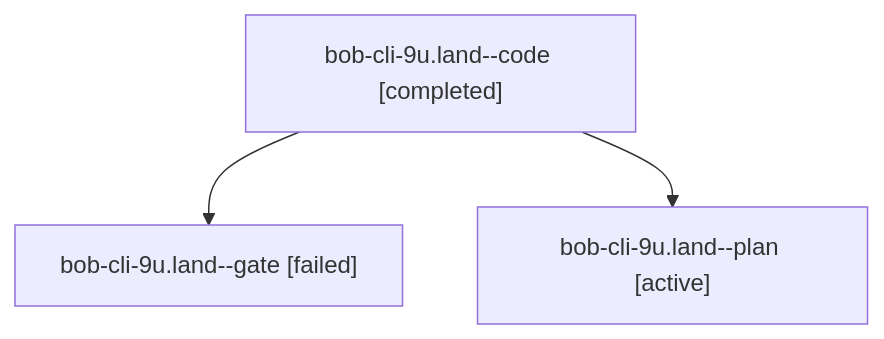
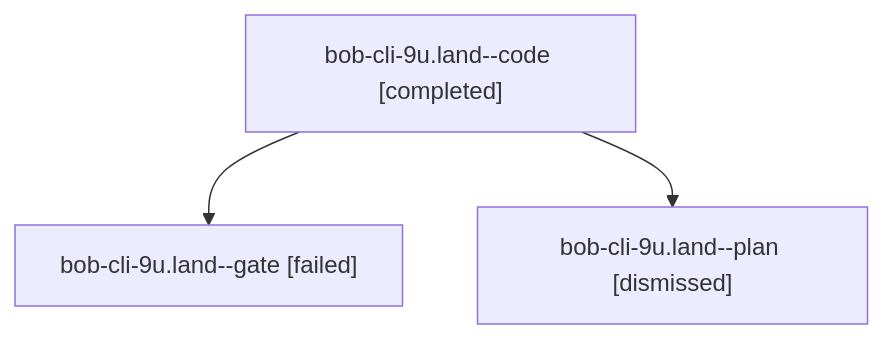
Before and after one commit to bobs-org/bob-cli--agents: the diagram in sessions/bbugyi200.athena.bob-cli-9u.land.md, drawn with Mermaid. The commit also changed other lines of this file and 76 other files, not shown here.

````diff
--- a/sessions/bbugyi200.athena.bob-cli-9u.land.md
+++ b/sessions/bbugyi200.athena.bob-cli-9u.land.md
@@ -9,8 +9,8 @@
 ```mermaid
 flowchart TD
   n0["bob-cli-9u.land--code [completed]"]
   n1["bob-cli-9u.land--gate [failed]"]
   n0 --> n1
-  n2["bob-cli-9u.land--plan [active]"]
+  n2["bob-cli-9u.land--plan [dismissed]"]
   n0 --> n2
 ```
````
